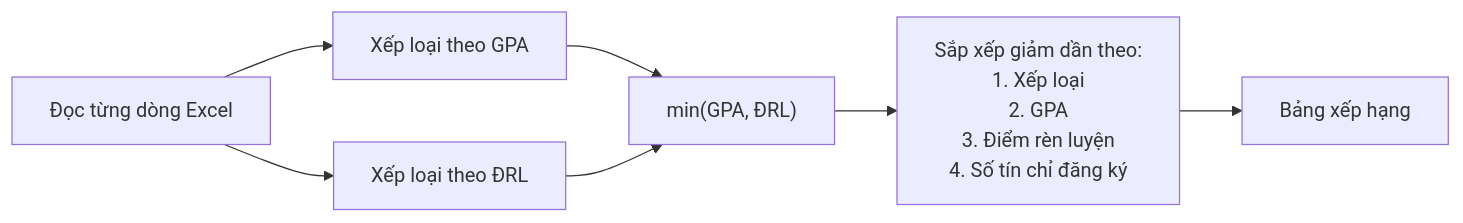
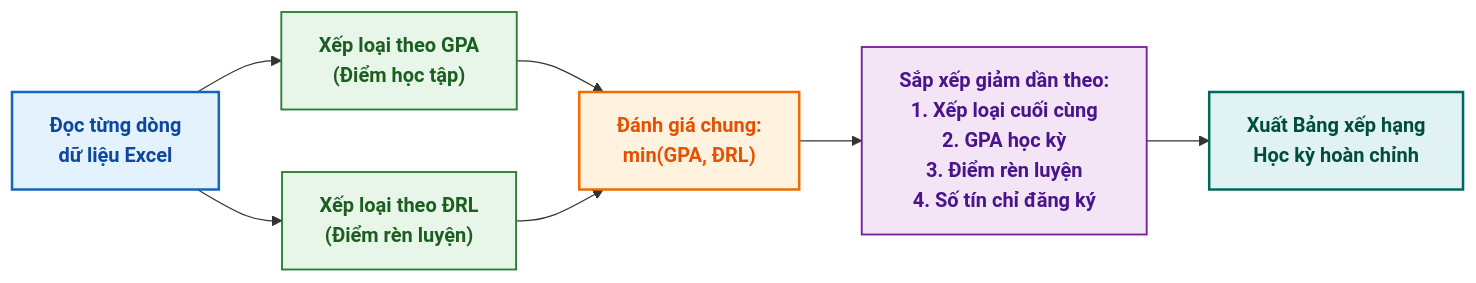
Before and after one commit to huynhthanhphong231004IT/WebPhanTichGPA_CTU: the third of 3 diagrams in README.md, drawn with Mermaid. The commit also changed other lines of this file, not shown here.

````diff
--- a/README.md
+++ b/README.md
@@ -186,9 +184,31 @@
 ```mermaid
 flowchart LR
-    A[Đọc từng dòng Excel] --> B[Xếp loại theo GPA]
-    A --> C[Xếp loại theo ĐRL]
-    B --> D["min(GPA, ĐRL)"]
+    %% Định nghĩa dải màu sắc chuyên nghiệp (Paper-Ready Academic Style)
+    classDef dataNode fill:#E3F2FD,stroke:#1565C0,stroke-width:2px,color:#0D47A1,font-weight:bold;
+    classDef processNode fill:#E8F5E9,stroke:#2E7D32,stroke-width:1.5px,color:#1B5E20,font-weight:bold;
+    classDef evalNode fill:#FFF3E0,stroke:#EF6C00,stroke-width:2px,color:#E65100,font-weight:bold;
+    classDef sortNode fill:#F3E5F5,stroke:#7B1FA2,stroke-width:1.5px,color:#4A148C,font-weight:bold;
+    classDef outputNode fill:#E0F2F1,stroke:#00695C,stroke-width:2px,color:#004D40,font-weight:bold;
+
+    %% Các nút trong sơ đồ
+    A["Đọc từng dòng<br/>dữ liệu Excel"]:::dataNode
+    
+    B["Xếp loại theo GPA<br/>(Điểm học tập)"]:::processNode
+    C["Xếp loại theo ĐRL<br/>(Điểm rèn luyện)"]:::processNode
+    
+    D["Đánh giá chung:<br/>min(GPA, ĐRL)"]:::evalNode
+    
+    E["Sắp xếp giảm dần theo:<br/>1. Xếp loại cuối cùng<br/>2. GPA học kỳ<br/>3. Điểm rèn luyện<br/>4. Số tín chỉ đăng ký"]:::sortNode
+    
+    F["Xuất Bảng xếp hạng<br/>Học kỳ hoàn chỉnh"]:::outputNode
+
+    %% Luồng liên kết
+    A --> B
+    A --> C
+    
+    B --> D
     C --> D
-    D --> E["Sắp xếp giảm dần theo:<br/>1. Xếp loại<br/>2. GPA<br/>3. Điểm rèn luyện<br/>4. Số tín chỉ đăng ký"]
-    E --> F[Bảng xếp hạng]
+    
+    D --> E
+    E --> F
 ```
````
